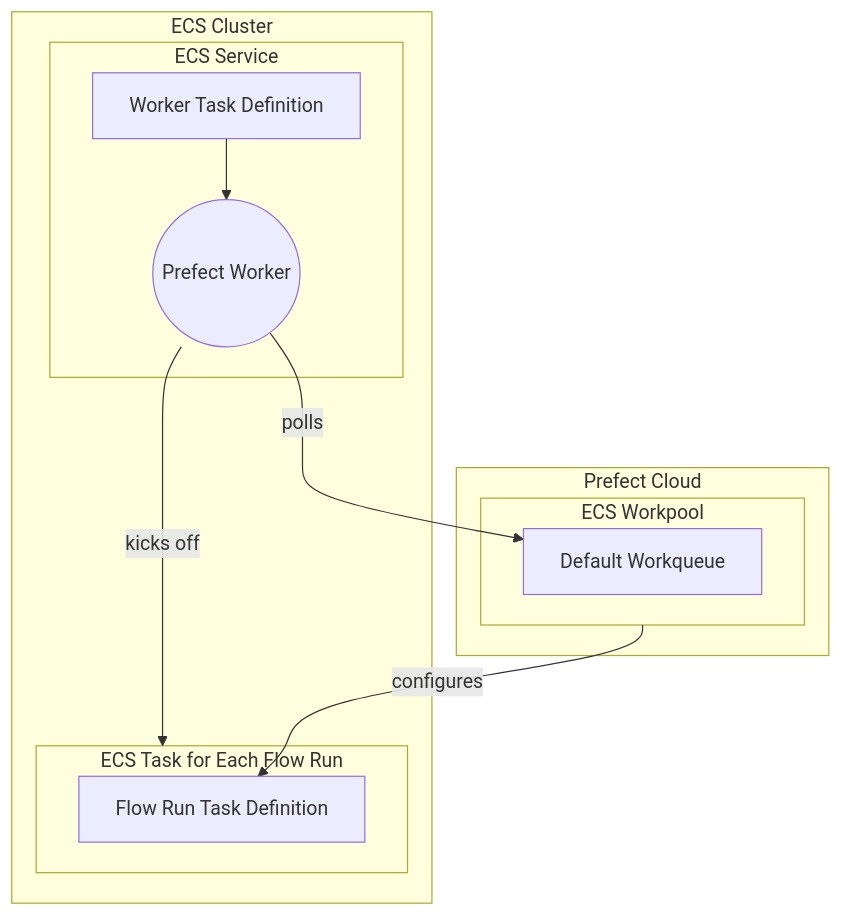
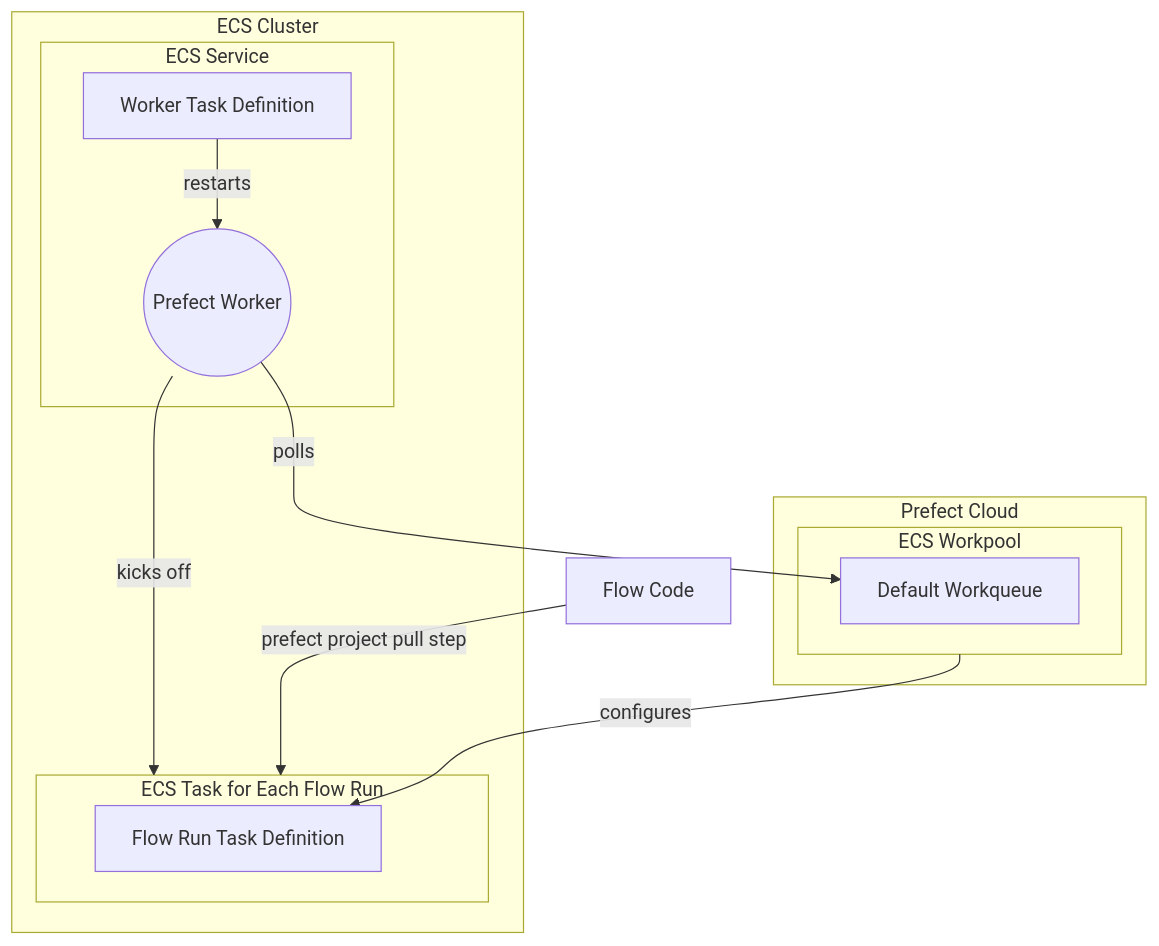
One commit to PrefectHQ/prefect-aws changed the diagram in docs/ecs_guide.md. Above: the diagram before and after it, drawn with Mermaid.

Commit message:
Adding pull step

````diff
--- a/docs/ecs_guide.md
+++ b/docs/ecs_guide.md
@@ -6,21 +6,24 @@
 ```mermaid
 graph TB
+
   subgraph ecs_cluster[ECS Cluster]
     subgraph ecs_service[ECS Service]
-      td_worker[Worker Task Definition] --> prefect_worker((Prefect Worker))
+      td_worker[Worker Task Definition] --> |restarts| prefect_worker((Prefect Worker))
     end
     prefect_worker -->|kicks off| ecs_task
+    
     subgraph ecs_task[ECS Task for Each Flow Run]
       fr_task_definition[Flow Run Task Definition]
     end
   end
 
   subgraph prefect_cloud[Prefect Cloud]
     subgraph prefect_workpool[ECS Workpool]
       default_workqueue[Default Workqueue]
     end
   end
 
+  flow_code[Flow Code] --> |prefect project pull step| ecs_task
   prefect_worker -->|polls| default_workqueue
   prefect_workpool -->|configures| fr_task_definition
 ```
````
